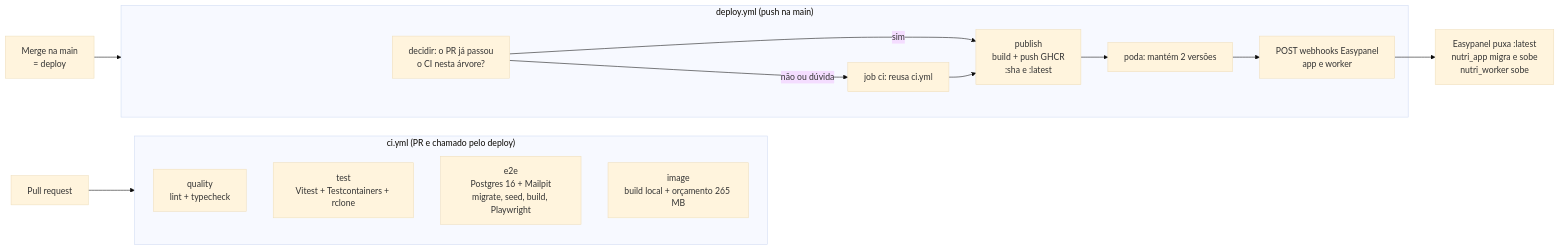
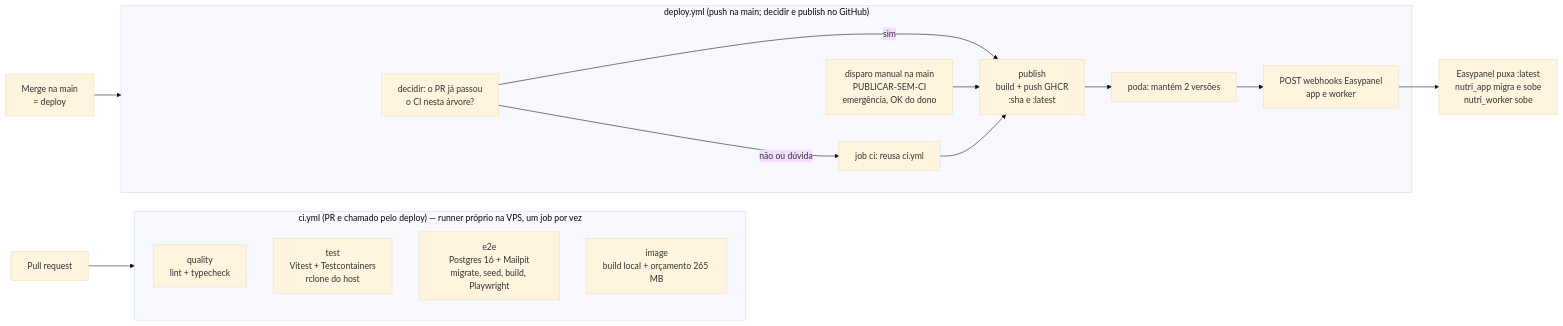
Before and after one commit to fabianojp06/nutridebby: the fourth of 4 diagrams in docs/manual-tecnico/01-visao-geral-e-arquitetura.md, drawn with Mermaid (base theme). The commit also changed other lines of this file and 8 other files, not shown here.

First line of the commit message:
docs(manual-tecnico): CI no runner próprio (cap. 1, 2, 6, 7, 8 e README) e memória do guardião

````diff
--- a/docs/manual-tecnico/01-visao-geral-e-arquitetura.md
+++ b/docs/manual-tecnico/01-visao-geral-e-arquitetura.md
@@ -564,19 +565,20 @@
 ```mermaid
 flowchart LR
   PR[Pull request] --> CI
-  subgraph CI["ci.yml (PR e chamado pelo deploy)"]
+  subgraph CI["ci.yml (PR e chamado pelo deploy) — runner próprio na VPS, um job por vez"]
     Q[quality<br/>lint + typecheck]
-    TE[test<br/>Vitest + Testcontainers + rclone]
+    TE[test<br/>Vitest + Testcontainers<br/>rclone do host]
     E2E[e2e<br/>Postgres 16 + Mailpit<br/>migrate, seed, build, Playwright]
     IMG[image<br/>build local + orçamento 265 MB]
   end
   M[Merge na main<br/>= deploy] --> D
-  subgraph D["deploy.yml (push na main)"]
+  subgraph D["deploy.yml (push na main; decidir e publish no GitHub)"]
     DEC[decidir: o PR já passou<br/>o CI nesta árvore?] -->|não ou dúvida| C2[job ci: reusa ci.yml]
     DEC -->|sim| PUB
+    EMG[disparo manual na main<br/>PUBLICAR-SEM-CI<br/>emergência, OK do dono] --> PUB
     C2 --> PUB[publish<br/>build + push GHCR<br/>:sha e :latest]
     PUB --> PODA[poda: mantém 2 versões]
     PODA --> HK[POST webhooks Easypanel<br/>app e worker]
   end
   HK --> EP[Easypanel puxa :latest<br/>nutri_app migra e sobe<br/>nutri_worker sobe]
 ```
````
